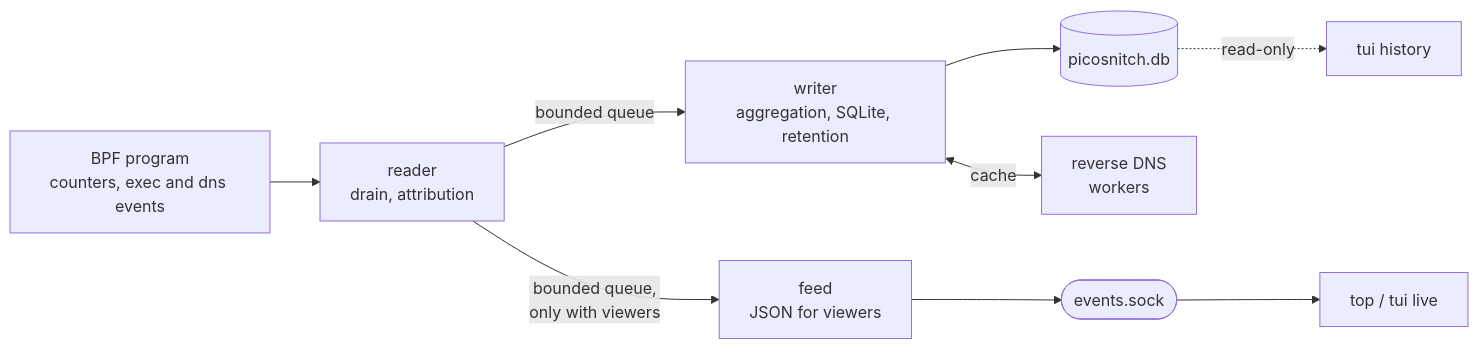
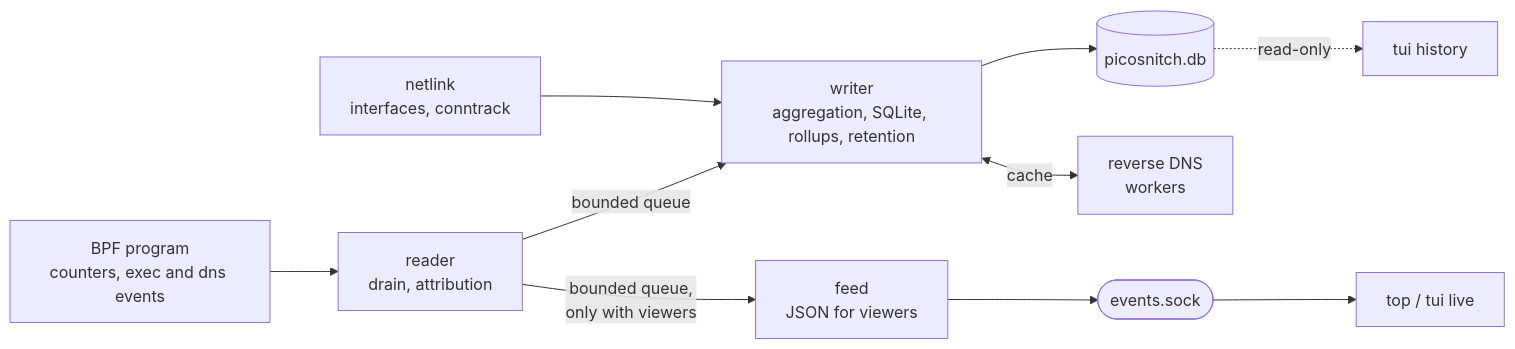
Before and after one commit to dehesselle/tracct: the diagram in docs/DESIGN.md, drawn with Mermaid. The commit also changed other lines of this file and 23 other files, not shown here.

````diff
--- a/docs/DESIGN.md
+++ b/docs/DESIGN.md
@@ -64,11 +94,12 @@
 ```mermaid
 flowchart LR
     BPF["BPF program<br/>counters, exec and dns events"] --> R
     R["reader<br/>drain, attribution"] -- bounded queue --> W
     R -- bounded queue,<br/>only with viewers --> F
-    W["writer<br/>aggregation, SQLite, retention"] --> DB[(picosnitch.db)]
+    W["writer<br/>aggregation, SQLite, rollups, retention"] --> DB[(picosnitch.db)]
     W <-- cache --> DNS["reverse DNS<br/>workers"]
+    NL["netlink<br/>interfaces, conntrack"] --> W
     F["feed<br/>JSON for viewers"] --> LIVE([events.sock])
     LIVE --> TOP["top / tui live"]
     DB -. read-only .-> TUI["tui history"]
 ```
````
